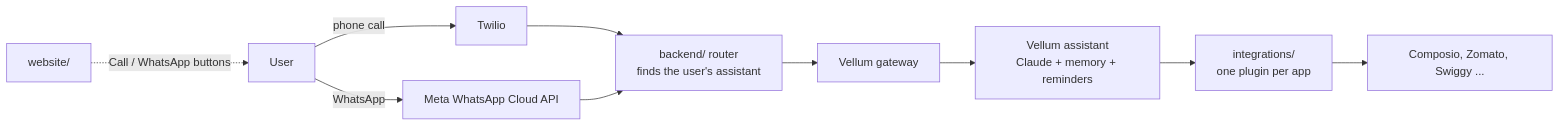
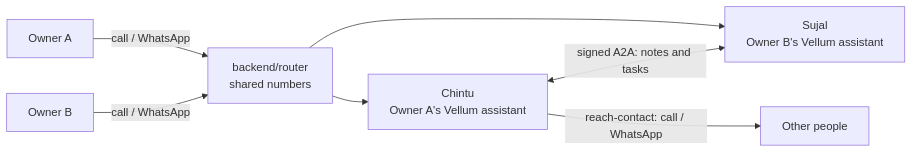
The diagram in README.md (Vivek-Chaudhari30/Bunty), drawn with Mermaid before and after one commit. The commit also changed other lines of this file and 1 other file, not shown here.

````diff
--- a/README.md
+++ b/README.md
@@ -31,12 +22,9 @@
 ```mermaid
 flowchart LR
-    U[User] -->|phone call| T[Twilio]
-    U -->|WhatsApp| W[Meta WhatsApp Cloud API]
-    T --> R[backend/ router<br/>finds the user's assistant]
-    W --> R
-    R --> G[Vellum gateway]
-    G --> A[Vellum assistant<br/>Claude + memory + reminders]
-    A --> I[integrations/<br/>one plugin per app]
-    I --> X[Composio, Zomato, Swiggy ...]
-    S[website/] -.->|Call / WhatsApp buttons| U
+    OA[Owner A] -->|call / WhatsApp| R[backend/router<br/>shared numbers]
+    OB[Owner B] -->|call / WhatsApp| R
+    R --> C[Chintu<br/>Owner A's Vellum assistant]
+    R --> S[Sujal<br/>Owner B's Vellum assistant]
+    C <-->|signed A2A: notes and tasks| S
+    C -->|reach-contact: call / WhatsApp| X[Other people]
 ```
````
